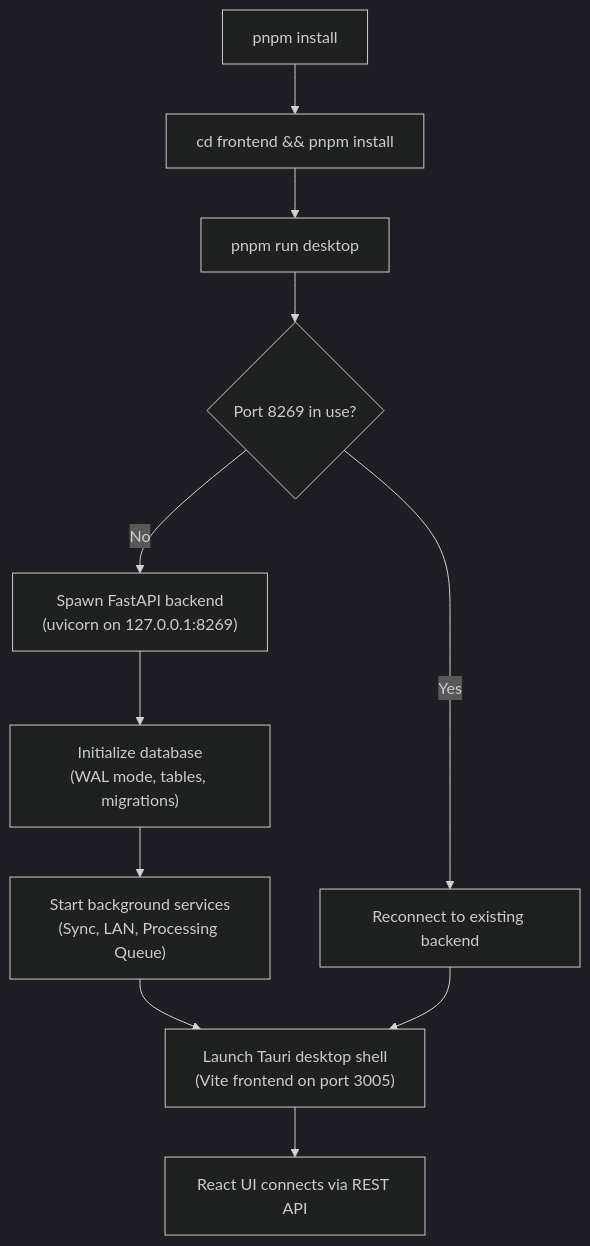
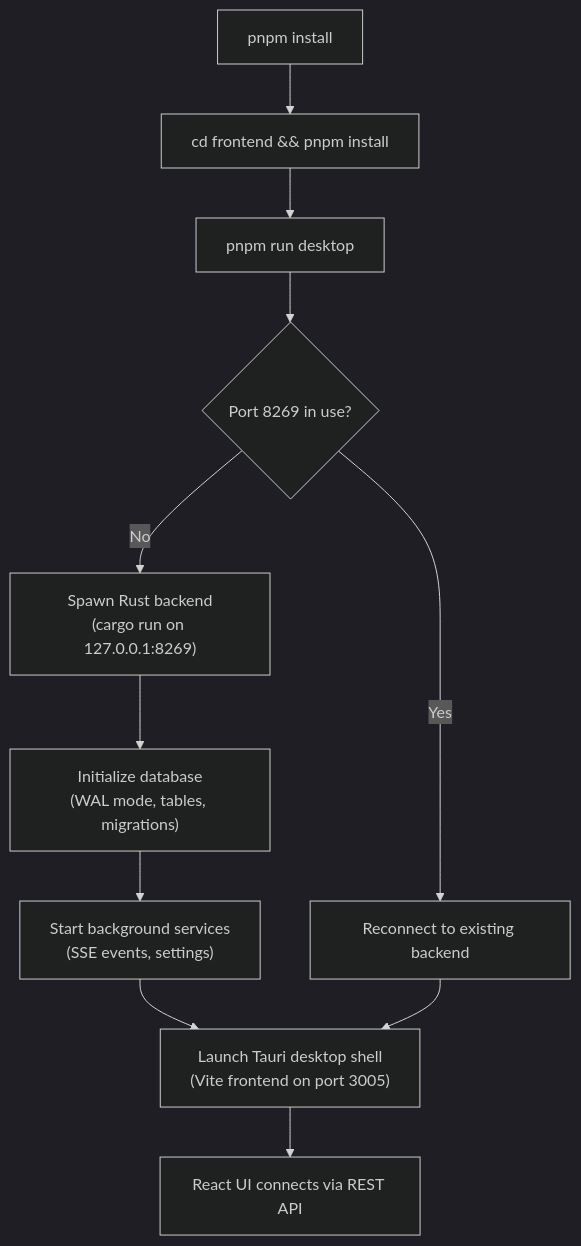
One commit to VardhmanSurana/Prism changed the diagram in docs/SETUP.md. Above: the diagram before and after it, drawn with Mermaid (dark theme). The commit also changed other lines of this file and 7 other files, not shown here.

Commit message:
docs: update all documentation to reflect Python-to-Rust backend migration

````diff
--- a/docs/SETUP.md
+++ b/docs/SETUP.md
@@ -56,13 +58,13 @@
 ```mermaid
 flowchart TD
     A["pnpm install"] --> B["cd frontend && pnpm install"]
     B --> C["pnpm run desktop"]
     C --> D{Port 8269 in use?}
     D -->|Yes| E["Reconnect to existing backend"]
-    D -->|No| F["Spawn FastAPI backend<br/>(uvicorn on 127.0.0.1:8269)"]
+    D -->|No| F["Spawn Rust backend<br/>(cargo run on 127.0.0.1:8269)"]
     F --> G["Initialize database<br/>(WAL mode, tables, migrations)"]
-    G --> H["Start background services<br/>(Sync, LAN, Processing Queue)"]
+    G --> H["Start background services<br/>(SSE events, settings)"]
     H --> I["Launch Tauri desktop shell<br/>(Vite frontend on port 3005)"]
     E --> I
     I --> J["React UI connects via REST API"]
 ```
````
